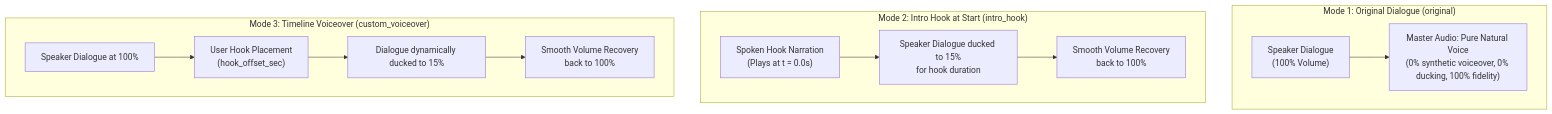
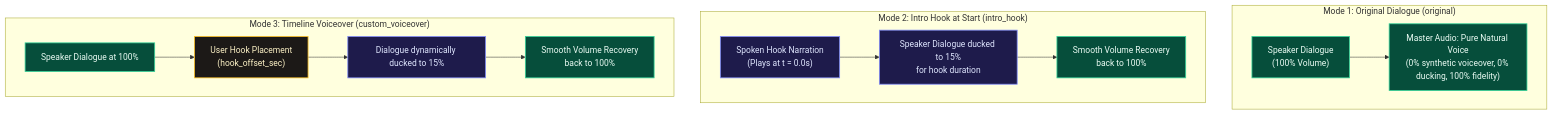
The sixth of 9 diagrams in README.md (DivyamJoshi2005/Alfred), drawn with Mermaid before and after one commit. The commit also changed other lines of this file and 1 other file, not shown here.

Commit message:
docs: add minimal, vibrant slate & neon accent styling to all Mermaid architecture diagrams

````diff
--- a/README.md
+++ b/README.md
@@ -381,26 +410,30 @@
 ```mermaid
 flowchart TD
+    classDef natural fill:#064e3b,stroke:#34d399,stroke-width:1.5px,color:#ecfdf5;
+    classDef ducked fill:#1e1b4b,stroke:#818cf8,stroke-width:1.5px,color:#e0e7ff;
+    classDef custom fill:#1c1917,stroke:#fbbf24,stroke-width:1.5px,color:#fef3c7;
+
     subgraph Mode1 ["Mode 1: Original Dialogue (original)"]
         direction LR
-        Src1["Speaker Dialogue\n(100% Volume)"]
-        Out1["Master Audio: Pure Natural Voice\n(0% synthetic voiceover, 0% ducking, 100% fidelity)"]
+        Src1["Speaker Dialogue\n(100% Volume)"]:::natural
+        Out1["Master Audio: Pure Natural Voice\n(0% synthetic voiceover, 0% ducking, 100% fidelity)"]:::natural
         Src1 --> Out1
     end
 
     subgraph Mode2 ["Mode 2: Intro Hook at Start (intro_hook)"]
         direction LR
-        Hook2["Spoken Hook Narration\n(Plays at t = 0.0s)"]
-        Duck2["Speaker Dialogue ducked to 15%\nfor hook duration"]
-        Rec2["Smooth Volume Recovery\nback to 100%"]
+        Hook2["Spoken Hook Narration\n(Plays at t = 0.0s)"]:::ducked
+        Duck2["Speaker Dialogue ducked to 15%\nfor hook duration"]:::ducked
+        Rec2["Smooth Volume Recovery\nback to 100%"]:::natural
         Hook2 --> Duck2 --> Rec2
     end
 
     subgraph Mode3 ["Mode 3: Timeline Voiceover (custom_voiceover)"]
         direction LR
-        Pre3["Speaker Dialogue at 100%"]
-        Offset3["User Hook Placement\n(hook_offset_sec)"]
-        Duck3["Dialogue dynamically ducked to 15%"]
-        Post3["Smooth Volume Recovery\nback to 100%"]
+        Pre3["Speaker Dialogue at 100%"]:::natural
+        Offset3["User Hook Placement\n(hook_offset_sec)"]:::custom
+        Duck3["Dialogue dynamically ducked to 15%"]:::ducked
+        Post3["Smooth Volume Recovery\nback to 100%"]:::natural
         Pre3 --> Offset3 --> Duck3 --> Post3
     end
 ```
````
